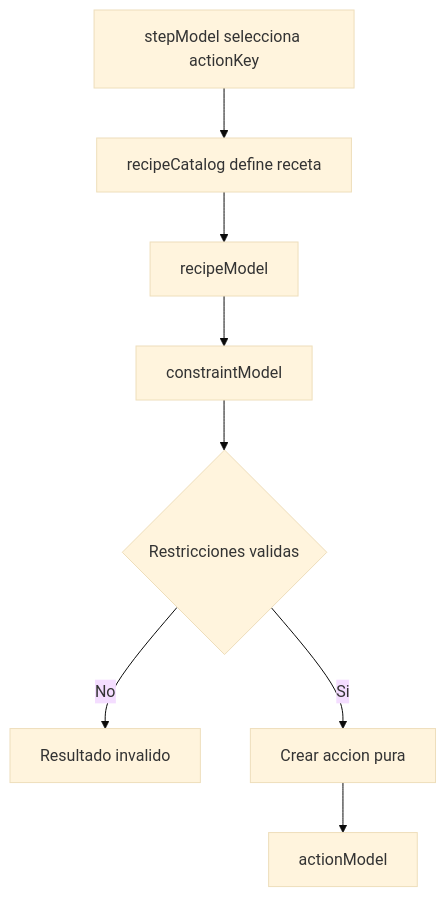
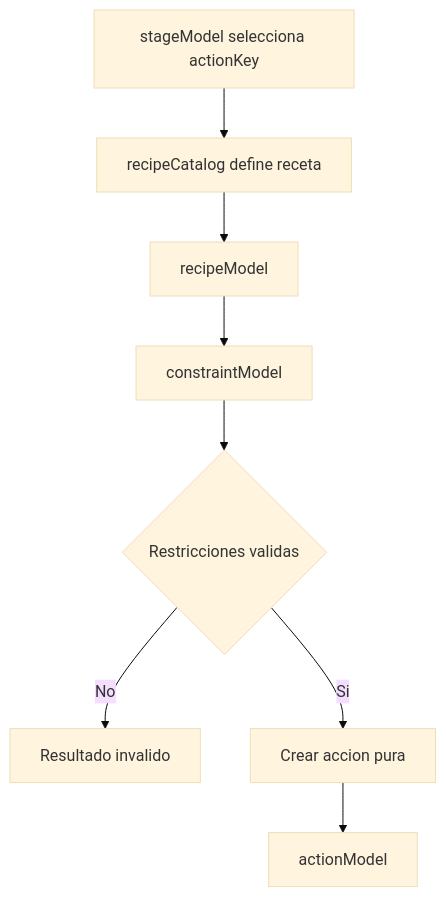
One commit to juanramonmorandeira/castronegro-director changed the fourth of 14 diagrams in docs/engine_flow_map.md. Above: the diagram before and after it, drawn with Mermaid (base theme). The commit also changed other lines of this file and 41 other files, not shown here.

````diff
--- a/docs/engine_flow_map.md
+++ b/docs/engine_flow_map.md
@@ -183,10 +192,10 @@
 ```mermaid
 flowchart TD
-  A[stepModel selecciona actionKey] --> B[recipeCatalog define receta]
+  A[stageModel selecciona actionKey] --> B[recipeCatalog define receta]
   B --> C[recipeModel]
   C --> D[constraintModel]
   D --> E{Restricciones validas}
   E -->|No| F[Resultado invalido]
   E -->|Si| G[Crear accion pura]
   G --> H[actionModel]
 ```
````
